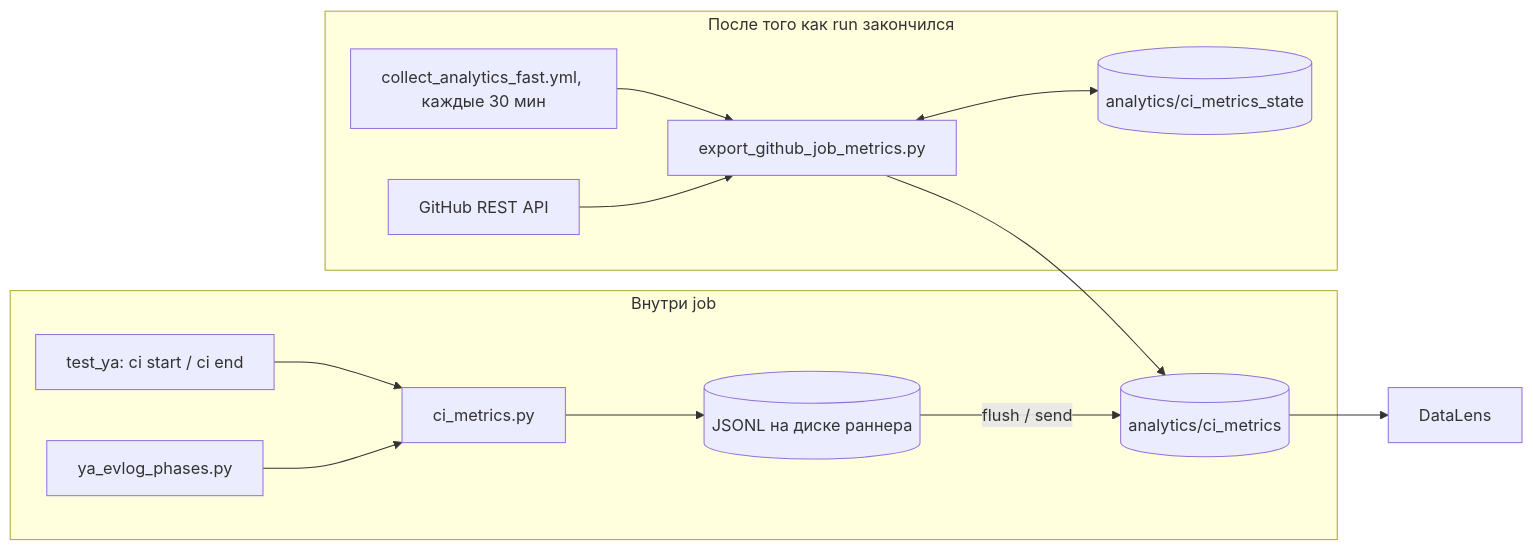
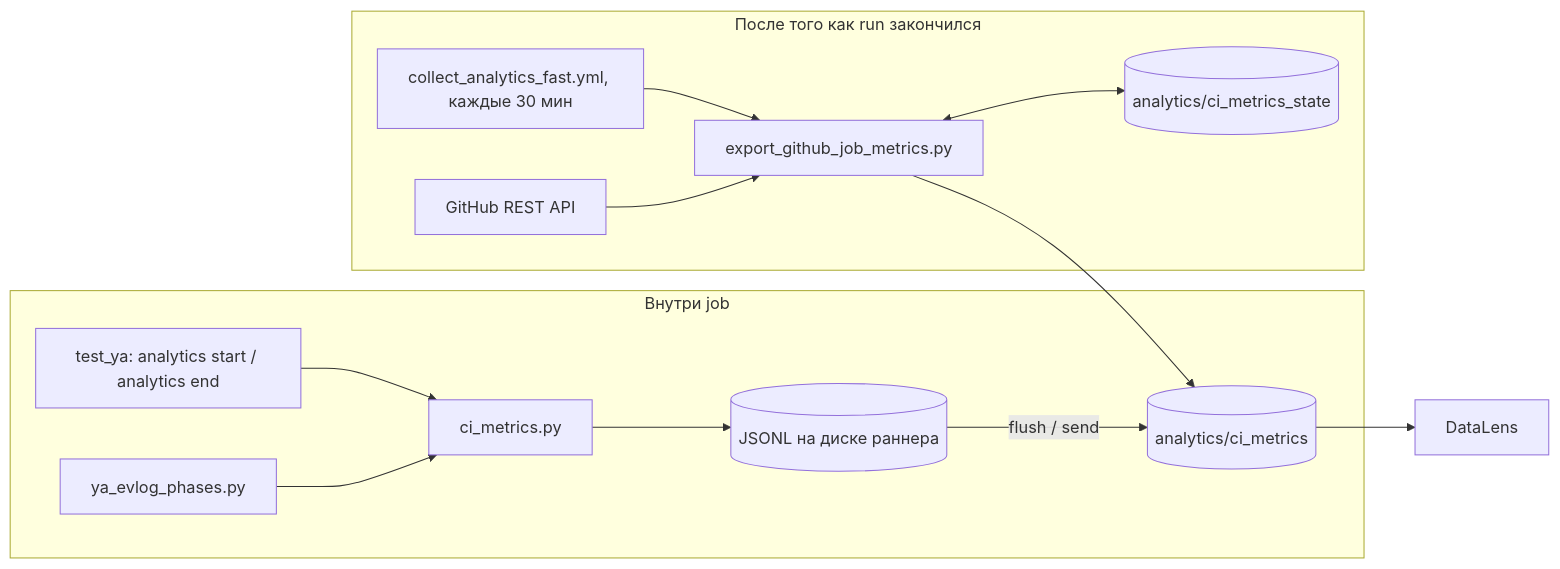
Before and after one commit to ydb-platform/ydb: the diagram in .github/scripts/utils/analytics/README.md, drawn with Mermaid. The commit also changed 4 other files, not shown here.

````diff
--- a/.github/scripts/utils/analytics/README.md
+++ b/.github/scripts/utils/analytics/README.md
@@ -19,16 +19,16 @@
 ```mermaid
 flowchart LR
   subgraph inJob [Внутри job]
-    bash["test_ya: ci start / ci end"] --> cli["ci_metrics.py"]
+    bash["test_ya: analytics start / analytics end"] --> cli["ci_metrics.py"]
     evlog["ya_evlog_phases.py"] --> cli
     cli --> jsonl[("JSONL на диске раннера")]
     jsonl -->|"flush / send"| ydb
   end
   subgraph after [После того как run закончился]
     cron["collect_analytics_fast.yml, каждые 30 мин"] --> exp["export_github_job_metrics.py"]
     gh["GitHub REST API"] --> exp
     exp --> ydb
     exp <--> st[("analytics/ci_metrics_state")]
   end
   ydb[("analytics/ci_metrics")] --> dl["DataLens"]
 ```
````
